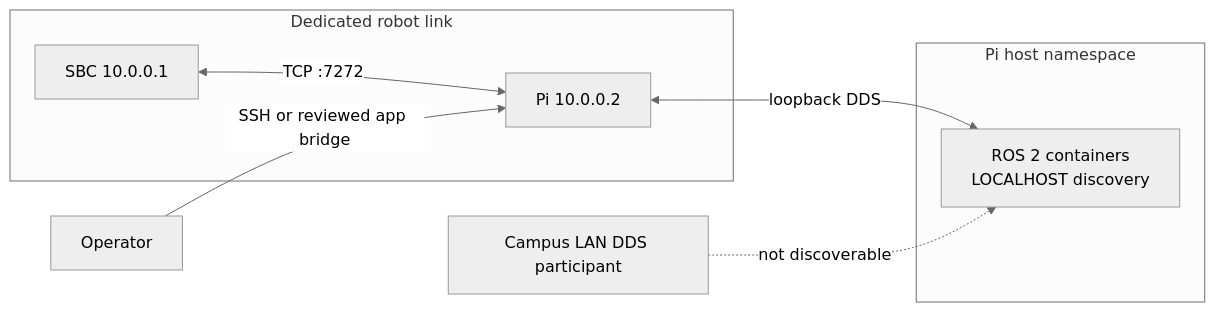
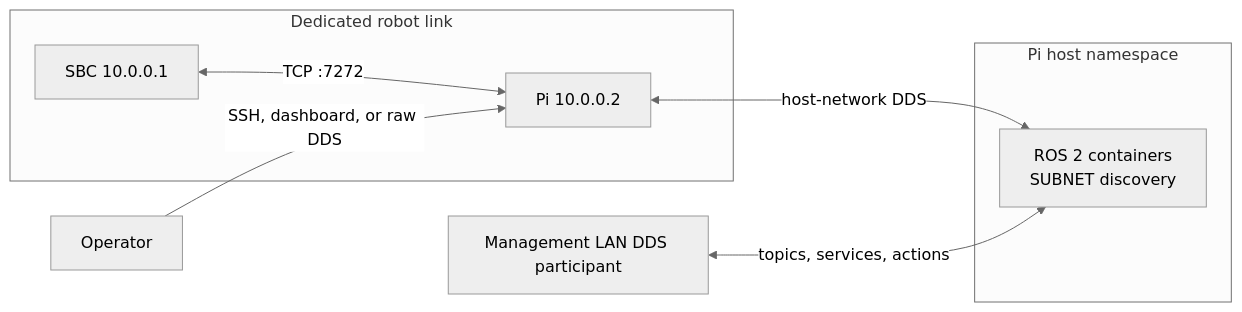
One commit to cmu-impactlab/patrolbot changed the diagram in docs/deployment/network-setup.md. Above: the diagram before and after it, drawn with Mermaid (neutral theme). The commit also changed other lines of this file and 15 other files, not shown here.

````diff
--- a/docs/deployment/network-setup.md
+++ b/docs/deployment/network-setup.md
@@ -16,14 +16,14 @@
 ```mermaid
 flowchart LR
     subgraph WIRED["Dedicated robot link"]
         SBC["SBC 10.0.0.1"]
         PI["Pi 10.0.0.2"]
         SBC <-->|"TCP :7272"| PI
     end
     subgraph PIHOST["Pi host namespace"]
-        ROS["ROS 2 containers\nLOCALHOST discovery"]
-        PI <-->|"loopback DDS"| ROS
+        ROS["ROS 2 containers\nSUBNET discovery"]
+        PI <-->|"host-network DDS"| ROS
     end
-    OP["Operator"] -->|"SSH or reviewed app bridge"| PI
-    LAN["Campus LAN DDS participant"] -. "not discoverable" .-> ROS
+    OP["Operator"] -->|"SSH, dashboard, or raw DDS"| PI
+    LAN["Management LAN DDS participant"] <-->|"topics, services, actions"| ROS
 ```
````
